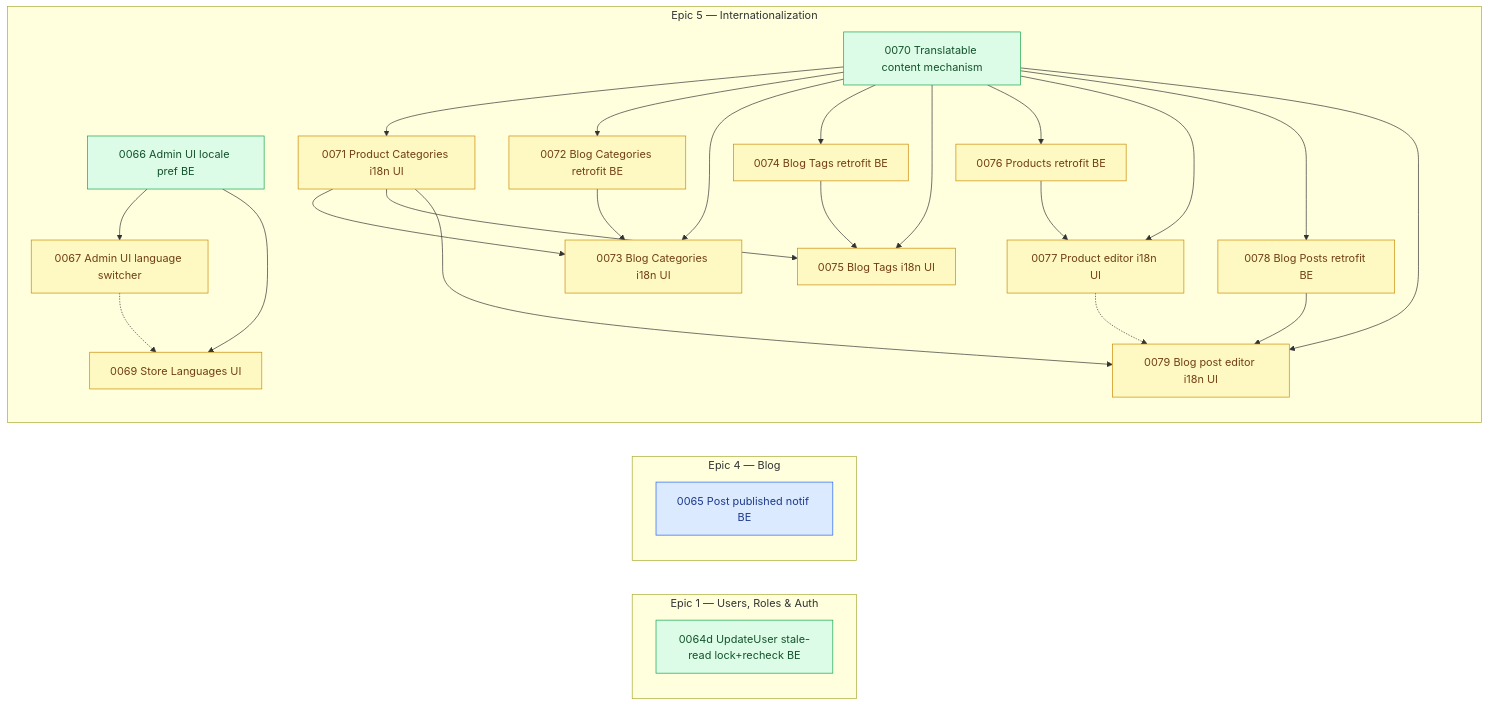
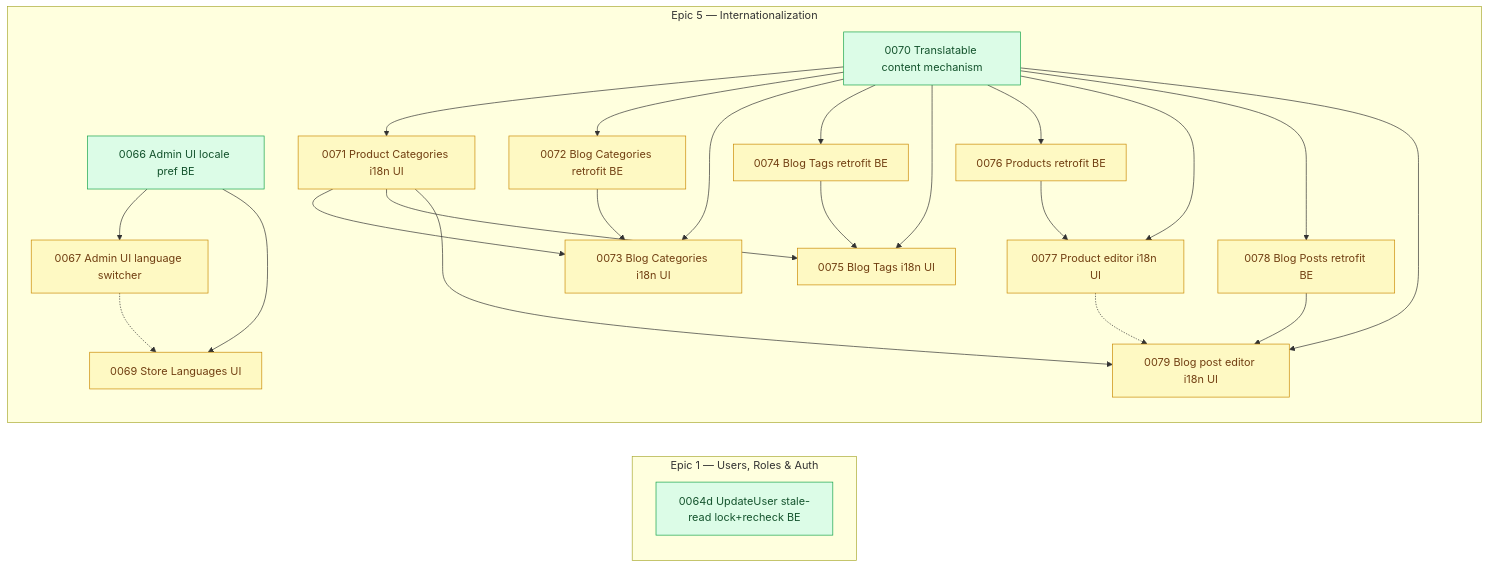
One commit to shojen/AI4Devs-finalproject changed the diagram in arospe/ai-spec/tasks-map.md. Above: the diagram before and after it, drawn with Mermaid. The commit also changed other lines of this file and 8 other files, not shown here.

First line of the commit message:
docs(tasks): close story 0065, move task file to done/

````diff
--- a/arospe/ai-spec/tasks-map.md
+++ b/arospe/ai-spec/tasks-map.md
@@ -323,11 +324,6 @@
     subgraph PEND_AUTH["Epic 1 — Users, Roles & Auth"]
         direction TB
         P0064d["0064d UpdateUser stale-read lock+recheck BE"]
-    end
-
-    subgraph PEND_BLOG["Epic 4 — Blog"]
-        direction TB
-        P0065["0065 Post published notif BE"]
     end
 
     subgraph PEND_I18N["Epic 5 — Internationalization"]
@@ -380,6 +376,11 @@
     %% (P0064b's own node dropped: 0064b closed to done/ this pass. It had no incoming edge of its
     %% own -- no pending task named it as a depends_on blocker -- so removing it re-derives nothing
     %% further; 0065/0078 only held it in conflict_risk_with, not depends_on.)
+    %% (P0065's own node dropped: 0065 closed to done/ 2026-09-28 -- the eleventh Epic 4 story to
+    %% close, and Epic 4's last pending task, so the PEND_BLOG subgraph itself is removed. It had no
+    %% incoming edge of its own; 0078 held it only in conflict_risk_with (never depends_on), and by
+    %% Phase 2/3 that risk had already resolved to nothing -- 0065 ended up touching neither
+    %% CreateBlogPost.php nor UpdateBlogPost.php, so 0078 needed no conflict_risk_with edit here.)
 
     %% i18n
     %% (P0068 --> P0066/P0067/P0069/P0070/P0071/P0072/P0073/P0074/P0075/P0076/P0077/P0078/P0079
@@ -409,5 +410,4 @@
 
     class P0067,P0069,P0071,P0072,P0073,P0074,P0075,P0076,P0077,P0078,P0079 pending;
     class P0066,P0070,P0064d ready;
-    class P0065 claimed;
 ```
````
